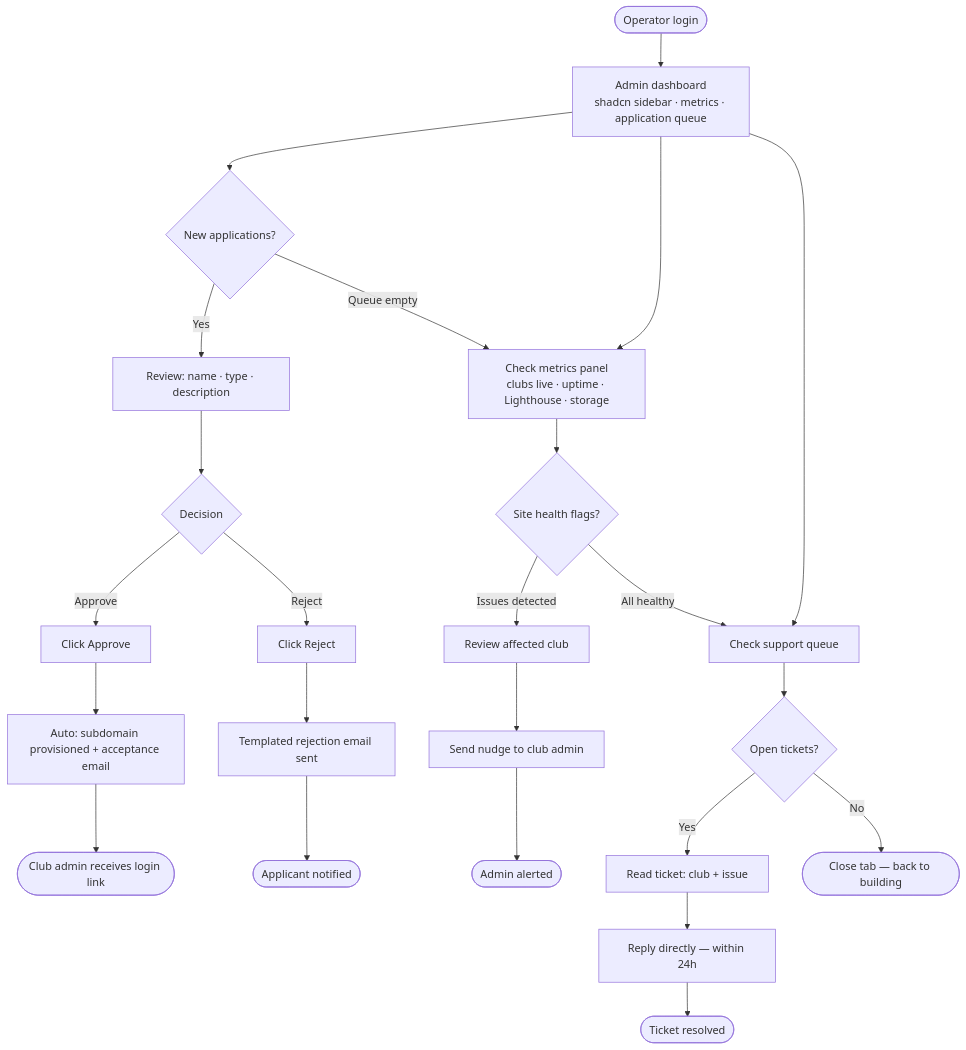
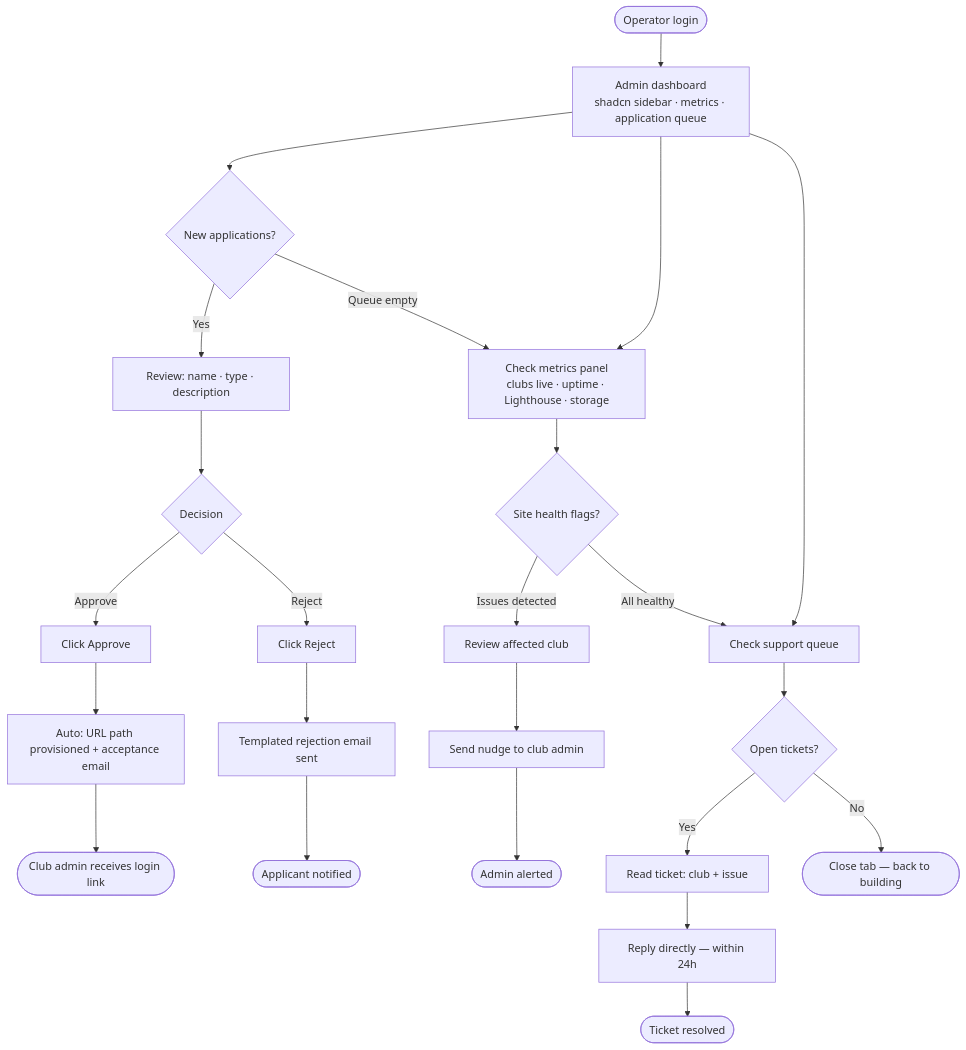
Before and after one commit to bastienfaivre/findyour.club: the fifth of 5 diagrams in _bmad-output/planning-artifacts/ux-design-specification.md, drawn with Mermaid. The commit also changed other lines of this file and 24 other files, not shown here.

````diff
--- a/_bmad-output/planning-artifacts/ux-design-specification.md
+++ b/_bmad-output/planning-artifacts/ux-design-specification.md
@@ -597,26 +596,26 @@
 ```mermaid
 flowchart TD
     A([Operator login]) --> B[Admin dashboard\nshadcn sidebar · metrics · application queue]
     B --> C{New applications?}
     C -->|Yes| D[Review: name · type · description]
     D --> E{Decision}
     E -->|Approve| F[Click Approve]
-    F --> G[Auto: subdomain provisioned + acceptance email]
+    F --> G[Auto: URL path provisioned + acceptance email]
     G --> H([Club admin receives login link])
     E -->|Reject| I[Click Reject]
     I --> J[Templated rejection email sent]
     J --> K([Applicant notified])
     C -->|Queue empty| L[Check metrics panel\nclubs live · uptime · Lighthouse · storage]
     B --> L
     L --> M{Site health flags?}
     M -->|Issues detected| N[Review affected club]
     N --> O[Send nudge to club admin]
     O --> P([Admin alerted])
     M -->|All healthy| Q[Check support queue]
     B --> Q
     Q --> R{Open tickets?}
     R -->|Yes| S[Read ticket: club + issue]
     S --> T[Reply directly — within 24h]
     T --> U([Ticket resolved])
     R -->|No| V([Close tab — back to building])
 ```
````
